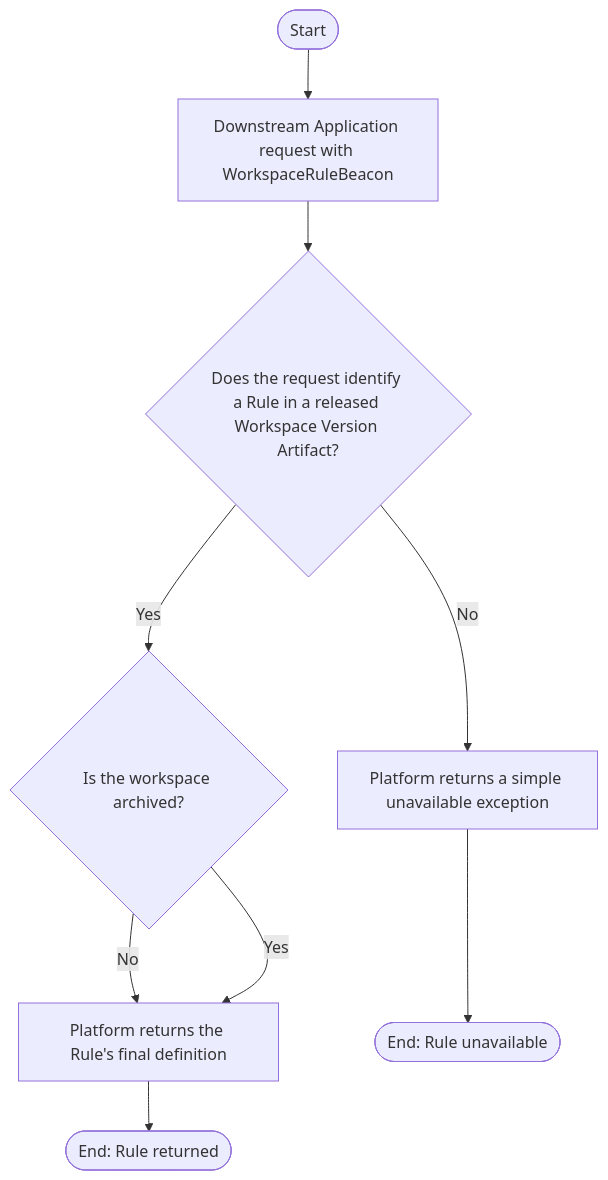
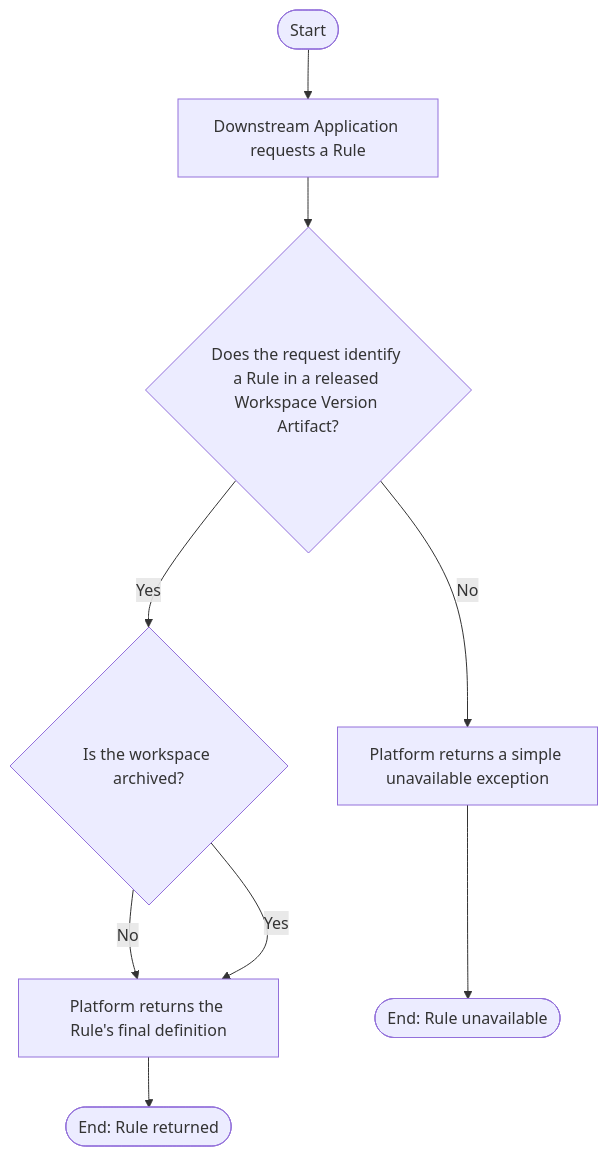
One commit to huang-xiao-jian/themis changed the diagram in specs/copernicus/use-case/retrieve-rule-from-released-workspace-version.md. Above: the diagram before and after it, drawn with Mermaid. The commit also changed other lines of this file and 19 other files, not shown here.

````diff
--- a/specs/copernicus/use-case/retrieve-rule-from-released-workspace-version.md
+++ b/specs/copernicus/use-case/retrieve-rule-from-released-workspace-version.md
@@ -32,12 +28,12 @@
 ```mermaid
 flowchart TD
-    start([Start]) --> submit[Downstream Application request with WorkspaceRuleBeacon]
+    start([Start]) --> submit[Downstream Application requests a Rule]
     submit --> available{Does the request identify a Rule in a released Workspace Version Artifact?}
     available -->|Yes| archived{Is the workspace archived?}
     archived -->|No| returnRule[Platform returns the Rule's final definition]
     archived -->|Yes| returnRule
     returnRule --> endSuccess([End: Rule returned])
 
     available -->|No| unavailable[Platform returns a simple unavailable exception]
     unavailable --> endUnavailable([End: Rule unavailable])
 ```
````
